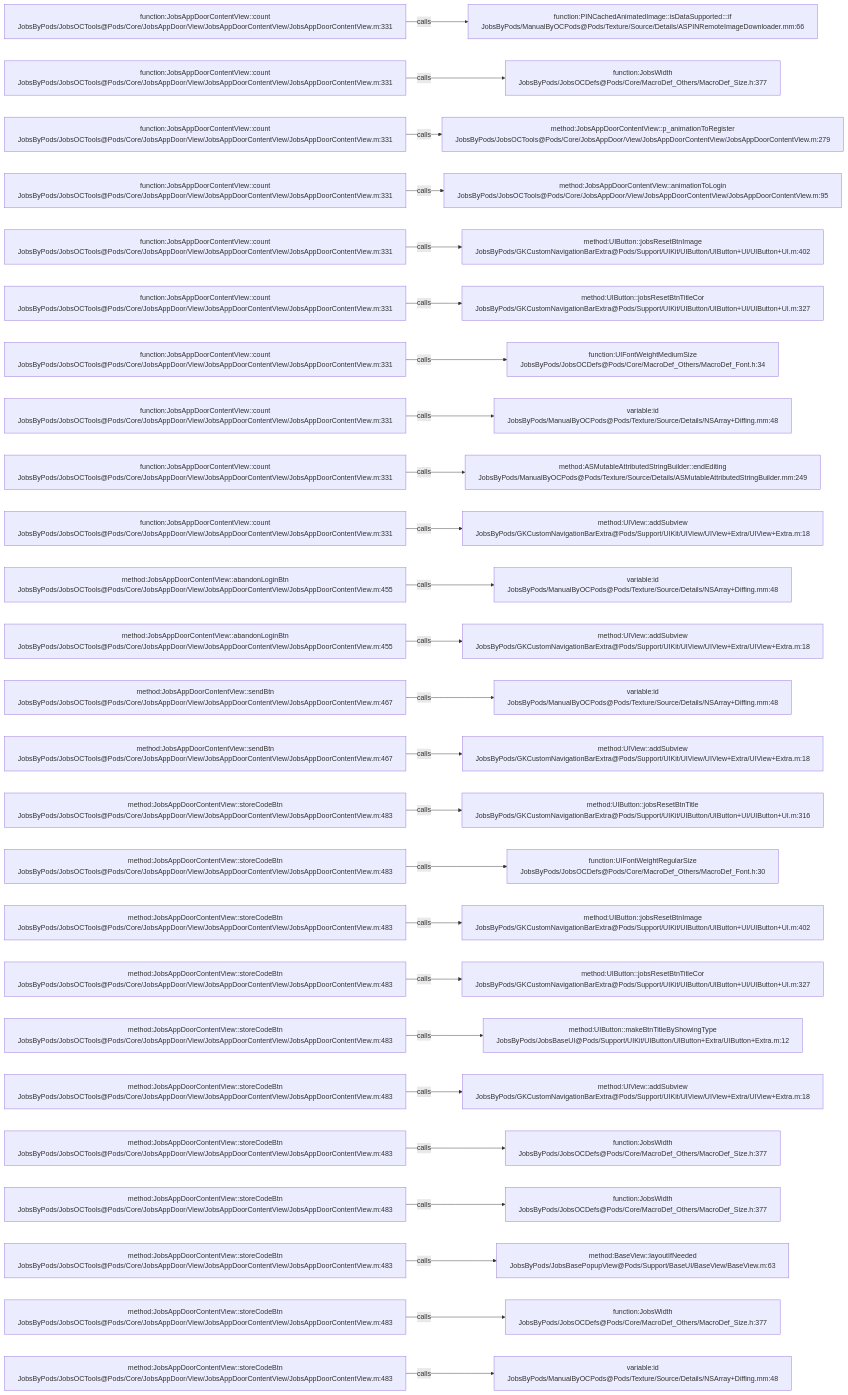
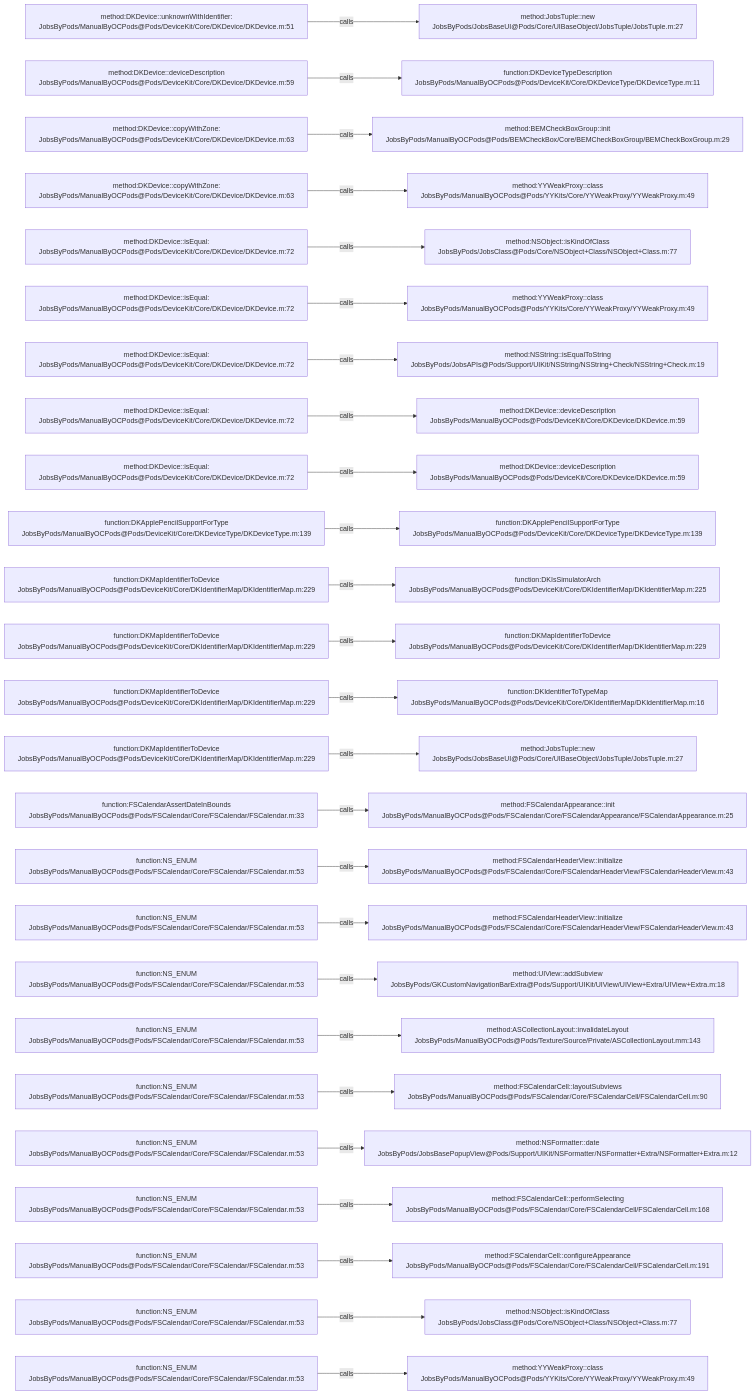
The diagram in .codegraph/codegraph.md/graphs/calls-188.md (JobsKits/JobsOCBaseConfigDemo), drawn with Mermaid before and after one commit. The commit also changed 1026 other files, not shown here.

````diff
--- a/.codegraph/codegraph.md/graphs/calls-188.md
+++ b/.codegraph/codegraph.md/graphs/calls-188.md
@@ -13,78 +13,78 @@
 ```mermaid
 flowchart LR
-  S1["function:JobsAppDoorContentView::count<br/>JobsByPods/JobsOCTools@Pods/Core/JobsAppDoor/View/JobsAppDoorContentView/JobsAppDoorContentView.m:331"]
-  T1["function:PINCachedAnimatedImage::isDataSupported:::if<br/>JobsByPods/ManualByOCPods@Pods/Texture/Source/Details/ASPINRemoteImageDownloader.mm:66"]
+  S1["method:DKDevice::unknownWithIdentifier:<br/>JobsByPods/ManualByOCPods@Pods/DeviceKit/Core/DKDevice/DKDevice.m:51"]
+  T1["method:JobsTuple::new<br/>JobsByPods/JobsBaseUI@Pods/Core/UIBaseObject/JobsTuple/JobsTuple.m:27"]
   S1 -->|calls| T1
-  S2["function:JobsAppDoorContentView::count<br/>JobsByPods/JobsOCTools@Pods/Core/JobsAppDoor/View/JobsAppDoorContentView/JobsAppDoorContentView.m:331"]
-  T2["function:JobsWidth<br/>JobsByPods/JobsOCDefs@Pods/Core/MacroDef_Others/MacroDef_Size.h:377"]
+  S2["method:DKDevice::deviceDescription<br/>JobsByPods/ManualByOCPods@Pods/DeviceKit/Core/DKDevice/DKDevice.m:59"]
+  T2["function:DKDeviceTypeDescription<br/>JobsByPods/ManualByOCPods@Pods/DeviceKit/Core/DKDeviceType/DKDeviceType.m:11"]
   S2 -->|calls| T2
-  S3["function:JobsAppDoorContentView::count<br/>JobsByPods/JobsOCTools@Pods/Core/JobsAppDoor/View/JobsAppDoorContentView/JobsAppDoorContentView.m:331"]
-  T3["method:JobsAppDoorContentView::p_animationToRegister<br/>JobsByPods/JobsOCTools@Pods/Core/JobsAppDoor/View/JobsAppDoorContentView/JobsAppDoorContentView.m:279"]
+  S3["method:DKDevice::copyWithZone:<br/>JobsByPods/ManualByOCPods@Pods/DeviceKit/Core/DKDevice/DKDevice.m:63"]
+  T3["method:BEMCheckBoxGroup::init<br/>JobsByPods/ManualByOCPods@Pods/BEMCheckBox/Core/BEMCheckBoxGroup/BEMCheckBoxGroup.m:29"]
   S3 -->|calls| T3
-  S4["function:JobsAppDoorContentView::count<br/>JobsByPods/JobsOCTools@Pods/Core/JobsAppDoor/View/JobsAppDoorContentView/JobsAppDoorContentView.m:331"]
-  T4["method:JobsAppDoorContentView::animationToLogin<br/>JobsByPods/JobsOCTools@Pods/Core/JobsAppDoor/View/JobsAppDoorContentView/JobsAppDoorContentView.m:95"]
+  S4["method:DKDevice::copyWithZone:<br/>JobsByPods/ManualByOCPods@Pods/DeviceKit/Core/DKDevice/DKDevice.m:63"]
+  T4["method:YYWeakProxy::class<br/>JobsByPods/ManualByOCPods@Pods/YYKits/Core/YYWeakProxy/YYWeakProxy.m:49"]
   S4 -->|calls| T4
-  S5["function:JobsAppDoorContentView::count<br/>JobsByPods/JobsOCTools@Pods/Core/JobsAppDoor/View/JobsAppDoorContentView/JobsAppDoorContentView.m:331"]
-  T5["method:UIButton::jobsResetBtnImage<br/>JobsByPods/GKCustomNavigationBarExtra@Pods/Support/UIKit/UIButton/UIButton+UI/UIButton+UI.m:402"]
+  S5["method:DKDevice::isEqual:<br/>JobsByPods/ManualByOCPods@Pods/DeviceKit/Core/DKDevice/DKDevice.m:72"]
+  T5["method:NSObject::isKindOfClass<br/>JobsByPods/JobsClass@Pods/Core/NSObject+Class/NSObject+Class.m:77"]
   S5 -->|calls| T5
-  S6["function:JobsAppDoorContentView::count<br/>JobsByPods/JobsOCTools@Pods/Core/JobsAppDoor/View/JobsAppDoorContentView/JobsAppDoorContentView.m:331"]
-  T6["method:UIButton::jobsResetBtnTitleCor<br/>JobsByPods/GKCustomNavigationBarExtra@Pods/Support/UIKit/UIButton/UIButton+UI/UIButton+UI.m:327"]
+  S6["method:DKDevice::isEqual:<br/>JobsByPods/ManualByOCPods@Pods/DeviceKit/Core/DKDevice/DKDevice.m:72"]
+  T6["method:YYWeakProxy::class<br/>JobsByPods/ManualByOCPods@Pods/YYKits/Core/YYWeakProxy/YYWeakProxy.m:49"]
   S6 -->|calls| T6
-  S7["function:JobsAppDoorContentView::count<br/>JobsByPods/JobsOCTools@Pods/Core/JobsAppDoor/View/JobsAppDoorContentView/JobsAppDoorContentView.m:331"]
-  T7["function:UIFontWeightMediumSize<br/>JobsByPods/JobsOCDefs@Pods/Core/MacroDef_Others/MacroDef_Font.h:34"]
+  S7["method:DKDevice::isEqual:<br/>JobsByPods/ManualByOCPods@Pods/DeviceKit/Core/DKDevice/DKDevice.m:72"]
+  T7["method:NSString::isEqualToString<br/>JobsByPods/JobsAPIs@Pods/Support/UIKit/NSString/NSString+Check/NSString+Check.m:19"]
   S7 -->|calls| T7
-  S8["function:JobsAppDoorContentView::count<br/>JobsByPods/JobsOCTools@Pods/Core/JobsAppDoor/View/JobsAppDoorContentView/JobsAppDoorContentView.m:331"]
-  T8["variable:id<br/>JobsByPods/ManualByOCPods@Pods/Texture/Source/Details/NSArray+Diffing.mm:48"]
+  S8["method:DKDevice::isEqual:<br/>JobsByPods/ManualByOCPods@Pods/DeviceKit/Core/DKDevice/DKDevice.m:72"]
+  T8["method:DKDevice::deviceDescription<br/>JobsByPods/ManualByOCPods@Pods/DeviceKit/Core/DKDevice/DKDevice.m:59"]
   S8 -->|calls| T8
-  S9["function:JobsAppDoorContentView::count<br/>JobsByPods/JobsOCTools@Pods/Core/JobsAppDoor/View/JobsAppDoorContentView/JobsAppDoorContentView.m:331"]
-  T9["method:ASMutableAttributedStringBuilder::endEditing<br/>JobsByPods/ManualByOCPods@Pods/Texture/Source/Details/ASMutableAttributedStringBuilder.mm:249"]
+  S9["method:DKDevice::isEqual:<br/>JobsByPods/ManualByOCPods@Pods/DeviceKit/Core/DKDevice/DKDevice.m:72"]
+  T9["method:DKDevice::deviceDescription<br/>JobsByPods/ManualByOCPods@Pods/DeviceKit/Core/DKDevice/DKDevice.m:59"]
   S9 -->|calls| T9
-  S10["function:JobsAppDoorContentView::count<br/>JobsByPods/JobsOCTools@Pods/Core/JobsAppDoor/View/JobsAppDoorContentView/JobsAppDoorContentView.m:331"]
-  T10["method:UIView::addSubview<br/>JobsByPods/GKCustomNavigationBarExtra@Pods/Support/UIKit/UIView/UIView+Extra/UIView+Extra.m:18"]
+  S10["function:DKApplePencilSupportForType<br/>JobsByPods/ManualByOCPods@Pods/DeviceKit/Core/DKDeviceType/DKDeviceType.m:139"]
+  T10["function:DKApplePencilSupportForType<br/>JobsByPods/ManualByOCPods@Pods/DeviceKit/Core/DKDeviceType/DKDeviceType.m:139"]
   S10 -->|calls| T10
-  S11["method:JobsAppDoorContentView::abandonLoginBtn<br/>JobsByPods/JobsOCTools@Pods/Core/JobsAppDoor/View/JobsAppDoorContentView/JobsAppDoorContentView.m:455"]
-  T11["variable:id<br/>JobsByPods/ManualByOCPods@Pods/Texture/Source/Details/NSArray+Diffing.mm:48"]
+  S11["function:DKMapIdentifierToDevice<br/>JobsByPods/ManualByOCPods@Pods/DeviceKit/Core/DKIdentifierMap/DKIdentifierMap.m:229"]
+  T11["function:DKIsSimulatorArch<br/>JobsByPods/ManualByOCPods@Pods/DeviceKit/Core/DKIdentifierMap/DKIdentifierMap.m:225"]
   S11 -->|calls| T11
-  S12["method:JobsAppDoorContentView::abandonLoginBtn<br/>JobsByPods/JobsOCTools@Pods/Core/JobsAppDoor/View/JobsAppDoorContentView/JobsAppDoorContentView.m:455"]
-  T12["method:UIView::addSubview<br/>JobsByPods/GKCustomNavigationBarExtra@Pods/Support/UIKit/UIView/UIView+Extra/UIView+Extra.m:18"]
+  S12["function:DKMapIdentifierToDevice<br/>JobsByPods/ManualByOCPods@Pods/DeviceKit/Core/DKIdentifierMap/DKIdentifierMap.m:229"]
+  T12["function:DKMapIdentifierToDevice<br/>JobsByPods/ManualByOCPods@Pods/DeviceKit/Core/DKIdentifierMap/DKIdentifierMap.m:229"]
   S12 -->|calls| T12
-  S13["method:JobsAppDoorContentView::sendBtn<br/>JobsByPods/JobsOCTools@Pods/Core/JobsAppDoor/View/JobsAppDoorContentView/JobsAppDoorContentView.m:467"]
-  T13["variable:id<br/>JobsByPods/ManualByOCPods@Pods/Texture/Source/Details/NSArray+Diffing.mm:48"]
+  S13["function:DKMapIdentifierToDevice<br/>JobsByPods/ManualByOCPods@Pods/DeviceKit/Core/DKIdentifierMap/DKIdentifierMap.m:229"]
+  T13["function:DKIdentifierToTypeMap<br/>JobsByPods/ManualByOCPods@Pods/DeviceKit/Core/DKIdentifierMap/DKIdentifierMap.m:16"]
   S13 -->|calls| T13
-  S14["method:JobsAppDoorContentView::sendBtn<br/>JobsByPods/JobsOCTools@Pods/Core/JobsAppDoor/View/JobsAppDoorContentView/JobsAppDoorContentView.m:467"]
-  T14["method:UIView::addSubview<br/>JobsByPods/GKCustomNavigationBarExtra@Pods/Support/UIKit/UIView/UIView+Extra/UIView+Extra.m:18"]
+  S14["function:DKMapIdentifierToDevice<br/>JobsByPods/ManualByOCPods@Pods/DeviceKit/Core/DKIdentifierMap/DKIdentifierMap.m:229"]
+  T14["method:JobsTuple::new<br/>JobsByPods/JobsBaseUI@Pods/Core/UIBaseObject/JobsTuple/JobsTuple.m:27"]
   S14 -->|calls| T14
-  S15["method:JobsAppDoorContentView::storeCodeBtn<br/>JobsByPods/JobsOCTools@Pods/Core/JobsAppDoor/View/JobsAppDoorContentView/JobsAppDoorContentView.m:483"]
-  T15["method:UIButton::jobsResetBtnTitle<br/>JobsByPods/GKCustomNavigationBarExtra@Pods/Support/UIKit/UIButton/UIButton+UI/UIButton+UI.m:316"]
+  S15["function:FSCalendarAssertDateInBounds<br/>JobsByPods/ManualByOCPods@Pods/FSCalendar/Core/FSCalendar/FSCalendar.m:33"]
+  T15["method:FSCalendarAppearance::init<br/>JobsByPods/ManualByOCPods@Pods/FSCalendar/Core/FSCalendarAppearance/FSCalendarAppearance.m:25"]
   S15 -->|calls| T15
-  S16["method:JobsAppDoorContentView::storeCodeBtn<br/>JobsByPods/JobsOCTools@Pods/Core/JobsAppDoor/View/JobsAppDoorContentView/JobsAppDoorContentView.m:483"]
-  T16["function:UIFontWeightRegularSize<br/>JobsByPods/JobsOCDefs@Pods/Core/MacroDef_Others/MacroDef_Font.h:30"]
+  S16["function:NS_ENUM<br/>JobsByPods/ManualByOCPods@Pods/FSCalendar/Core/FSCalendar/FSCalendar.m:53"]
+  T16["method:FSCalendarHeaderView::initialize<br/>JobsByPods/ManualByOCPods@Pods/FSCalendar/Core/FSCalendarHeaderView/FSCalendarHeaderView.m:43"]
   S16 -->|calls| T16
-  S17["method:JobsAppDoorContentView::storeCodeBtn<br/>JobsByPods/JobsOCTools@Pods/Core/JobsAppDoor/View/JobsAppDoorContentView/JobsAppDoorContentView.m:483"]
-  T17["method:UIButton::jobsResetBtnImage<br/>JobsByPods/GKCustomNavigationBarExtra@Pods/Support/UIKit/UIButton/UIButton+UI/UIButton+UI.m:402"]
+  S17["function:NS_ENUM<br/>JobsByPods/ManualByOCPods@Pods/FSCalendar/Core/FSCalendar/FSCalendar.m:53"]
+  T17["method:FSCalendarHeaderView::initialize<br/>JobsByPods/ManualByOCPods@Pods/FSCalendar/Core/FSCalendarHeaderView/FSCalendarHeaderView.m:43"]
   S17 -->|calls| T17
-  S18["method:JobsAppDoorContentView::storeCodeBtn<br/>JobsByPods/JobsOCTools@Pods/Core/JobsAppDoor/View/JobsAppDoorContentView/JobsAppDoorContentView.m:483"]
-  T18["method:UIButton::jobsResetBtnTitleCor<br/>JobsByPods/GKCustomNavigationBarExtra@Pods/Support/UIKit/UIButton/UIButton+UI/UIButton+UI.m:327"]
+  S18["function:NS_ENUM<br/>JobsByPods/ManualByOCPods@Pods/FSCalendar/Core/FSCalendar/FSCalendar.m:53"]
+  T18["method:UIView::addSubview<br/>JobsByPods/GKCustomNavigationBarExtra@Pods/Support/UIKit/UIView/UIView+Extra/UIView+Extra.m:18"]
   S18 -->|calls| T18
-  S19["method:JobsAppDoorContentView::storeCodeBtn<br/>JobsByPods/JobsOCTools@Pods/Core/JobsAppDoor/View/JobsAppDoorContentView/JobsAppDoorContentView.m:483"]
-  T19["method:UIButton::makeBtnTitleByShowingType<br/>JobsByPods/JobsBaseUI@Pods/Support/UIKit/UIButton/UIButton+Extra/UIButton+Extra.m:12"]
+  S19["function:NS_ENUM<br/>JobsByPods/ManualByOCPods@Pods/FSCalendar/Core/FSCalendar/FSCalendar.m:53"]
+  T19["method:ASCollectionLayout::invalidateLayout<br/>JobsByPods/ManualByOCPods@Pods/Texture/Source/Private/ASCollectionLayout.mm:143"]
   S19 -->|calls| T19
-  S20["method:JobsAppDoorContentView::storeCodeBtn<br/>JobsByPods/JobsOCTools@Pods/Core/JobsAppDoor/View/JobsAppDoorContentView/JobsAppDoorContentView.m:483"]
-  T20["method:UIView::addSubview<br/>JobsByPods/GKCustomNavigationBarExtra@Pods/Support/UIKit/UIView/UIView+Extra/UIView+Extra.m:18"]
+  S20["function:NS_ENUM<br/>JobsByPods/ManualByOCPods@Pods/FSCalendar/Core/FSCalendar/FSCalendar.m:53"]
+  T20["method:FSCalendarCell::layoutSubviews<br/>JobsByPods/ManualByOCPods@Pods/FSCalendar/Core/FSCalendarCell/FSCalendarCell.m:90"]
   S20 -->|calls| T20
-  S21["method:JobsAppDoorContentView::storeCodeBtn<br/>JobsByPods/JobsOCTools@Pods/Core/JobsAppDoor/View/JobsAppDoorContentView/JobsAppDoorContentView.m:483"]
-  T21["function:JobsWidth<br/>JobsByPods/JobsOCDefs@Pods/Core/MacroDef_Others/MacroDef_Size.h:377"]
+  S21["function:NS_ENUM<br/>JobsByPods/ManualByOCPods@Pods/FSCalendar/Core/FSCalendar/FSCalendar.m:53"]
+  T21["method:NSFormatter::date<br/>JobsByPods/JobsBasePopupView@Pods/Support/UIKit/NSFormatter/NSFormatter+Extra/NSFormatter+Extra.m:12"]
   S21 -->|calls| T21
-  S22["method:JobsAppDoorContentView::storeCodeBtn<br/>JobsByPods/JobsOCTools@Pods/Core/JobsAppDoor/View/JobsAppDoorContentView/JobsAppDoorContentView.m:483"]
-  T22["function:JobsWidth<br/>JobsByPods/JobsOCDefs@Pods/Core/MacroDef_Others/MacroDef_Size.h:377"]
+  S22["function:NS_ENUM<br/>JobsByPods/ManualByOCPods@Pods/FSCalendar/Core/FSCalendar/FSCalendar.m:53"]
+  T22["method:FSCalendarCell::performSelecting<br/>JobsByPods/ManualByOCPods@Pods/FSCalendar/Core/FSCalendarCell/FSCalendarCell.m:168"]
   S22 -->|calls| T22
-  S23["method:JobsAppDoorContentView::storeCodeBtn<br/>JobsByPods/JobsOCTools@Pods/Core/JobsAppDoor/View/JobsAppDoorContentView/JobsAppDoorContentView.m:483"]
-  T23["method:BaseView::layoutIfNeeded<br/>JobsByPods/JobsBasePopupView@Pods/Support/BaseUI/BaseView/BaseView.m:63"]
+  S23["function:NS_ENUM<br/>JobsByPods/ManualByOCPods@Pods/FSCalendar/Core/FSCalendar/FSCalendar.m:53"]
+  T23["method:FSCalendarCell::configureAppearance<br/>JobsByPods/ManualByOCPods@Pods/FSCalendar/Core/FSCalendarCell/FSCalendarCell.m:191"]
   S23 -->|calls| T23
-  S24["method:JobsAppDoorContentView::storeCodeBtn<br/>JobsByPods/JobsOCTools@Pods/Core/JobsAppDoor/View/JobsAppDoorContentView/JobsAppDoorContentView.m:483"]
-  T24["function:JobsWidth<br/>JobsByPods/JobsOCDefs@Pods/Core/MacroDef_Others/MacroDef_Size.h:377"]
+  S24["function:NS_ENUM<br/>JobsByPods/ManualByOCPods@Pods/FSCalendar/Core/FSCalendar/FSCalendar.m:53"]
+  T24["method:NSObject::isKindOfClass<br/>JobsByPods/JobsClass@Pods/Core/NSObject+Class/NSObject+Class.m:77"]
   S24 -->|calls| T24
-  S25["method:JobsAppDoorContentView::storeCodeBtn<br/>JobsByPods/JobsOCTools@Pods/Core/JobsAppDoor/View/JobsAppDoorContentView/JobsAppDoorContentView.m:483"]
-  T25["variable:id<br/>JobsByPods/ManualByOCPods@Pods/Texture/Source/Details/NSArray+Diffing.mm:48"]
+  S25["function:NS_ENUM<br/>JobsByPods/ManualByOCPods@Pods/FSCalendar/Core/FSCalendar/FSCalendar.m:53"]
+  T25["method:YYWeakProxy::class<br/>JobsByPods/ManualByOCPods@Pods/YYKits/Core/YYWeakProxy/YYWeakProxy.m:49"]
   S25 -->|calls| T25
 ```
````
